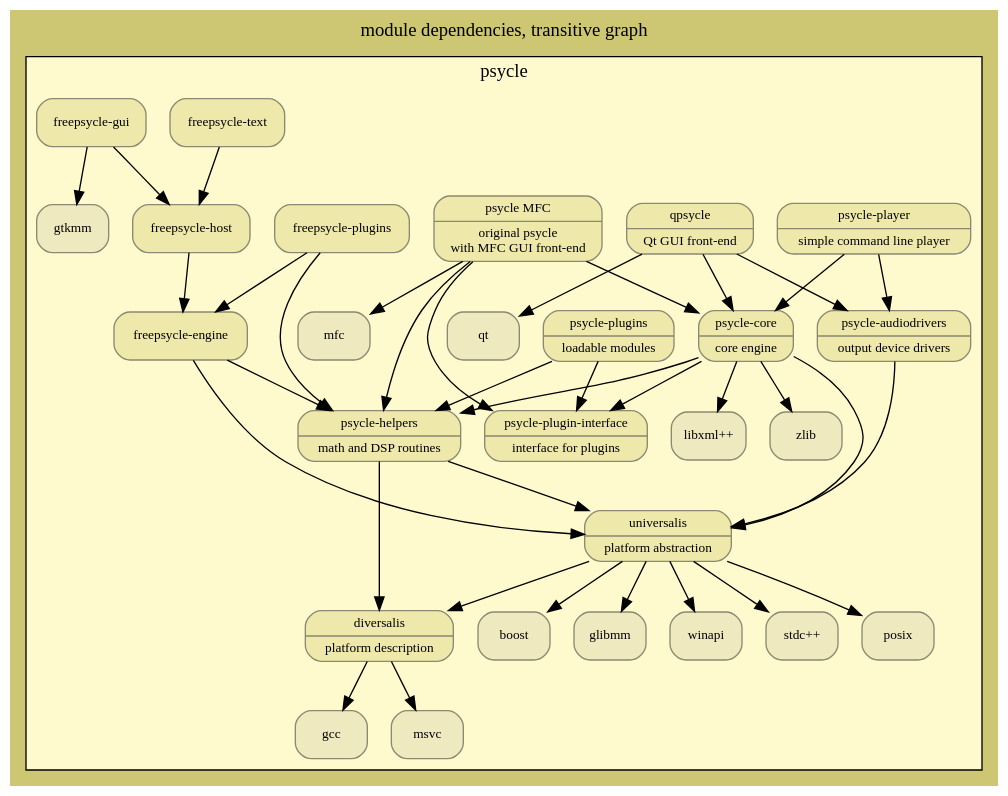
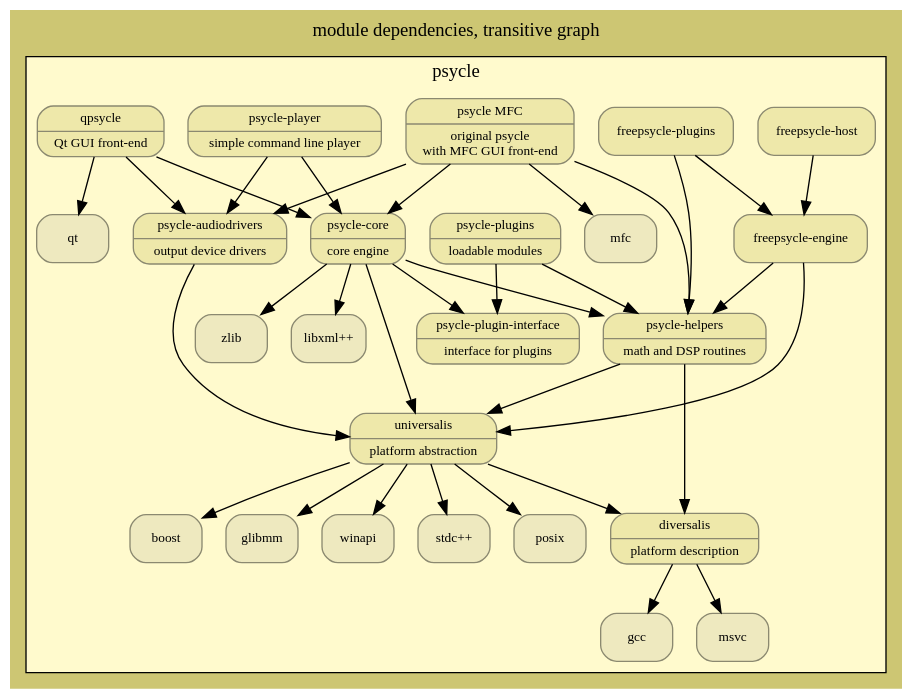
Before and after one commit to jpaquim/psycle: the diagram in dependencies.dot, drawn with Graphviz. The commit also changed 1 other file, not shown here.

Commit message:
reflect the use of psycle-core in psycle-mfc: added dep psycle-mfc -> psycle-audiodrivers, removed dep psycle-mfc -> psycle-plugin-interface

```diff
--- a/dependencies.dot
+++ b/dependencies.dot
@@ -1,147 +1,145 @@
 // generate the .png image file with: dot dependencies.dot -Tpng > dependencies.png
 digraph dependencies {
 	label = "module dependencies, transitive graph"
 	//rankdir = TB
 	//rankdir = LR
 	labelloc = t
 	fontname = verdana
 	fontsize = 14
 	bgcolor = khaki3
 	//concentrate = true // line concentrations
 	ratio = auto
 	node [
 		shape = Mrecord
 		style = rounded
 		color = lemonchiffon4
 		fillcolor = lemonchiffon1
 		fontname = verdana
 		fontsize = 10
 	]
 	
 	subgraph cluster_psycle {
 		label = "psycle"
 		bgcolor = lemonchiffon1
 		
 		node [ style = filled fillcolor = lemonchiffon2 ]
 		"stdc++"// [ label = "{ stdc++ | standard C++ library }" ];
 		//"stdc";
 		"posix";// [ label = "{ POSIX | Portable OS Interface }"];
 		"boost";// [ label = "{ boost | boost libraries }" ];
 		//"libsigc++";// [ label = "{ libsigc++ | signals and slots }" ];
 		"glibmm";// [ label = "{ glibmm | platform abstraction }" ];
 		//"gdkmm" [ label = "{ gdkmm | GUI Drawing Kit }" ];
-		"gtkmm";// [ label = "{ gtkmm | GUI Tool Kit }" ];
+		//"gtkmm";// [ label = "{ gtkmm | GUI Tool Kit }" ];
 		//"cairomm";
 		//"gnomecanvasmm";// [ label = "{ gnomecanvasmm | GNOME's canvas }" ];
 		//"pangomm";
 		//"atkmm";
 		"qt";// [ label = "{ Qt | Trolltech's libraries }"];
 		"libxml++";// [ label = "{ libXML++ | XML parsing }"];
 		"zlib";// [ label = "{ zlib | (de)compression }"];
 		"winapi";// [ label = "{ WinAPI | Microsoft's API }"];
 		"mfc";// [ label = "{ MFC | Microsoft's Foundation Classes }" ];
 		"gcc";// [ label = "{GCC | GNU C++ Compiler }" ];
 		"msvc";// [ label = "{ MSVC | Microsoft's Visual C++ compiler }" ];
 
 		//"boost" -> "stdc++";
 		//"glibmm" -> "stdc++";
 		//"glibmm" -> "glib";
 		//"glib" -> "stdc";
 		//"glibmm" -> "libsigc++";
 		//"gdkmm" -> "glibmm";
 		//"gdkmm" -> "stdc++";
 		//"gdkmm" -> "gdk";
 		//"gdk" -> "stdc";
 		//"gdkmm" -> "cairomm";
 		//"gtkmm" -> "pangomm";
 		//"gtkmm" -> "atkmm";
 		//"gtkmm" -> "gdkmm";
 		//"gtkmm" -> "glibmm";
 		//"gtkmm" -> "stdc++";
 		//"gtkmm" -> "gtk";
 		//"gtk" -> "stdc";
 		//"gnomecanvasmm" -> "gtkmm";
 		//"gnomecanvasmm" -> "stdc++";
 		//"gnomecanvasmm" -> "gnomecanvas";
 		//"gnomecanvas" -> "stdc";
 		//"qt" -> "stdc++";
 		//"libxml++" -> "stdc++";
 		//"zlib" -> "stdc";
 		//"mfc" -> "msvc";
 		
 		node [ style = filled fillcolor = palegoldenrod ]
 
 		"diversalis" [ label = "{ diversalis | platform description }" ];
 		"diversalis" -> "gcc";
 		"diversalis" -> "msvc";
 		
 		"universalis" [ label = "{ universalis | platform abstraction }" ];
 		"universalis" -> "diversalis";
 		"universalis" -> "boost";
 		"universalis" -> "glibmm";
 		"universalis" -> "posix";
 		"universalis" -> "stdc++";
 		"universalis" -> "winapi";
 		
 		"psycle-helpers" [ label = "{ psycle-helpers | math and DSP routines }" ];
 		"psycle-helpers" -> "universalis";
 		"psycle-helpers" -> "diversalis";
 	
 		"psycle-plugin-interface" [label = "{psycle-plugin-interface | interface for plugins }"];
 	
 		"psycle-core" [ label = "{ psycle-core | core engine }" ];
 		"psycle-core" -> "psycle-plugin-interface";
 		"psycle-core" -> "psycle-helpers";
 		"psycle-core" -> "universalis";
 		//"psycle-core" -> "boost";
 		"psycle-core" -> "zlib";
 		"psycle-core" -> "libxml++";
 	
 		"psycle-audiodrivers" [ label = "{ psycle-audiodrivers | output device drivers }"];
 		"psycle-audiodrivers" -> "universalis";
 		//"psycle-audiodrivers" -> "boost";
 	
 		"psycle-player" [ label = "{ psycle-player | simple command line player }"];
 		"psycle-player" -> "psycle-core";
 		"psycle-player" -> "psycle-audiodrivers";
 		//"psycle-player" -> "libxml++";
 	
 		"psycle-plugins" [ label = "{ psycle-plugins | loadable modules }"];
 		"psycle-plugins" -> "psycle-plugin-interface";
 		"psycle-plugins" -> "psycle-helpers";
 
 		"qpsycle" [ label = "{ qpsycle | Qt GUI front-end }" ];
 		"qpsycle" -> "qt";
 		"qpsycle" -> "psycle-core";
 		"qpsycle" -> "psycle-audiodrivers";
 		//"qpsycle" -> "universalis";
 		//"qpsycle" -> "boost";
 
 		"psycle-mfc" [ label = "{ psycle MFC | original psycle\nwith MFC GUI front-end }" ];
 		"psycle-mfc" -> "mfc";
-		"psycle-mfc" -> "psycle-plugin-interface";
 		"psycle-mfc" -> "psycle-core";
+		"psycle-mfc" -> "psycle-audiodrivers";
 		"psycle-mfc" -> "psycle-helpers";
 		//"psycle-mfc" -> "universalis";
 		//"psycle-mfc" -> "boost";
 		
 		"freepsycle-engine" -> "universalis";
 		//"freepsycle-engine" -> "boost";
 		"freepsycle-engine" -> "psycle-helpers";
 		"freepsycle-plugins" -> "freepsycle-engine";
 		//"freepsycle-plugins" -> "universalis";
 		//"freepsycle-plugins" -> "boost";
 		"freepsycle-plugins" -> "psycle-helpers";
 		"freepsycle-host" -> "freepsycle-engine";
-		//"freepsycle-text" -> "freepsycle-engine";
-		"freepsycle-text" -> "freepsycle-host";
 		//"freepsycle-gui" -> "freepsycle-engine";
-		"freepsycle-gui" -> "freepsycle-host";
+		//"freepsycle-gui" -> "freepsycle-host";
 		//"freepsycle-gui" -> "universalis";
 		//"freepsycle-gui" -> "boost" ;
 		//"freepsycle-gui" -> "glibmm";
-		"freepsycle-gui" -> "gtkmm";
+		//"freepsycle-gui" -> "gtkmm";
 		//"freepsycle-gui" -> "gnomecanvasmm";
 		//"freepsycle-gui" -> "libsigc++";
 	}
 }
```
